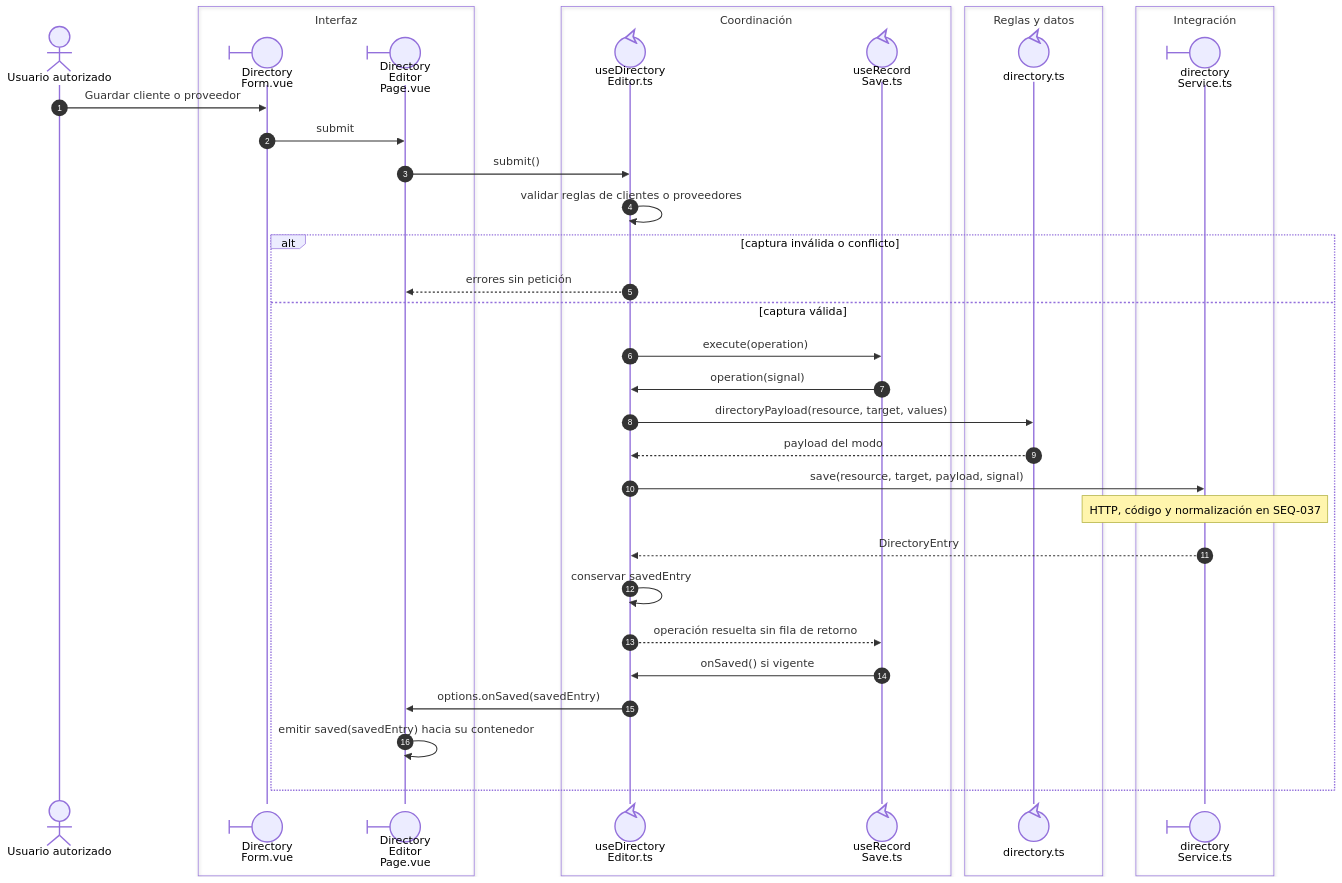
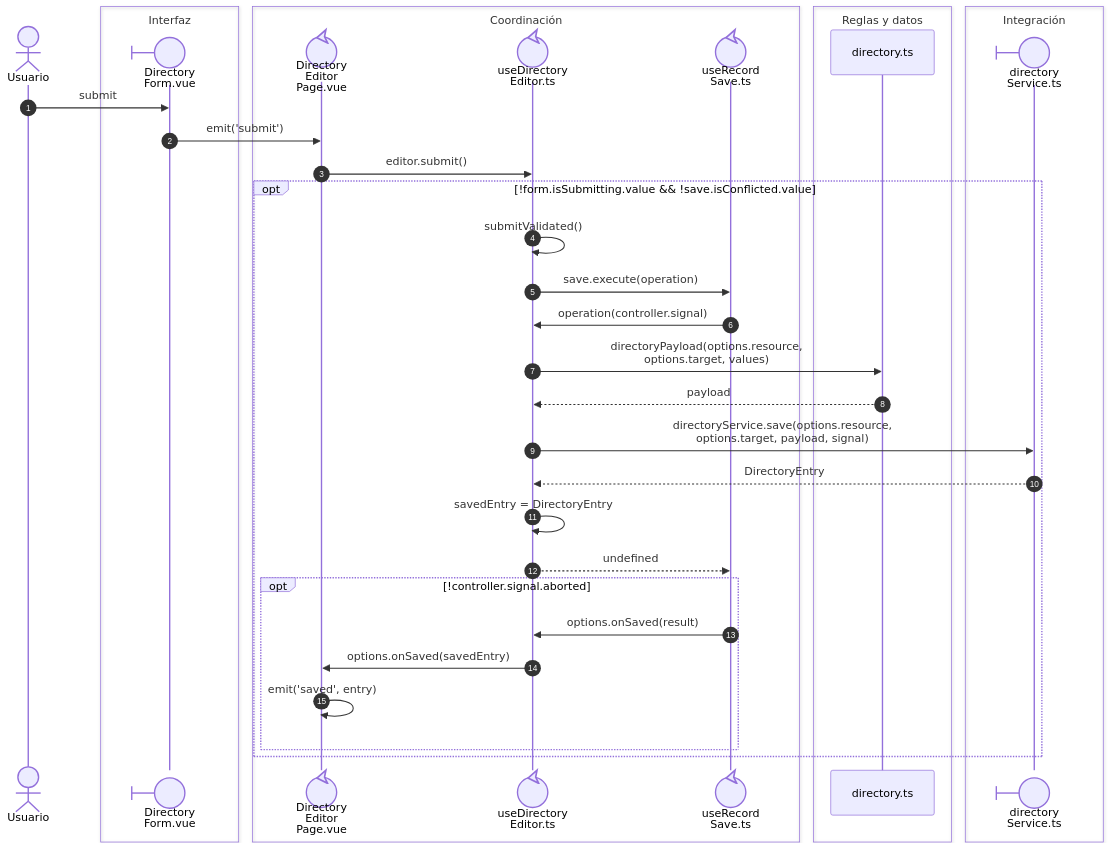
One commit to gpgsistemas01/nexus changed the first of 2 diagrams in front/docs/architecture/views/processes/03-catalogs-and-directory/02-directory-save.md. Above: the diagram before and after it, drawn with Mermaid. The commit also changed other lines of this file and 43 other files, not shown here.

Commit message:
docs: reflejar código y roles en secuencias Vue

````diff
--- a/front/docs/architecture/views/processes/03-catalogs-and-directory/02-directory-save.md
+++ b/front/docs/architecture/views/processes/03-catalogs-and-directory/02-directory-save.md
@@ -15,39 +7,38 @@
 ```mermaid
 sequenceDiagram
     autonumber
-    actor U as Usuario autorizado
+    actor U as Usuario
     box Interfaz
     participant Form@{ "type": "boundary" } as Directory<br/>Form.vue
-    participant Page@{ "type": "boundary" } as Directory<br/>Editor<br/>Page.vue
     end
     box Coordinación
+    participant Page@{ "type": "control" } as Directory<br/>Editor<br/>Page.vue
     participant Editor@{ "type": "control" } as useDirectory<br/>Editor.ts
     participant Save@{ "type": "control" } as useRecord<br/>Save.ts
     end
     box Reglas y datos
-    participant Payload@{ "type": "control" } as directory.ts
+    participant Payload as directory.ts
     end
     box Integración
     participant Service@{ "type": "boundary" } as directory<br/>Service.ts
     end
-    U->>Form: Guardar cliente o proveedor
-    Form->>Page: submit
-    Page->>Editor: submit()
-    Editor->>Editor: validar reglas de clientes o proveedores
-    alt captura inválida o conflicto
-        Editor-->>Page: errores sin petición
-    else captura válida
-        Editor->>Save: execute(operation)
-        Save->>Editor: operation(signal)
-        Editor->>Payload: directoryPayload(resource, target, values)
-        Payload-->>Editor: payload del modo
-        Editor->>Service: save(resource, target, payload, signal)
-        Note over Service: HTTP, código y normalización en SEQ-037
-        Service-->>Editor: DirectoryEntry
-        Editor->>Editor: conservar savedEntry
-        Editor-->>Save: operación resuelta sin fila de retorno
-        Save->>Editor: onSaved() si vigente
-        Editor->>Page: options.onSaved(savedEntry)
-        Page->>Page: emitir saved(savedEntry) hacia su contenedor
+    U->>Form: nowrap: submit
+    Form->>Page: nowrap: emit('submit')
+    Page->>Editor: nowrap: editor.submit()
+    opt nowrap: !form.isSubmitting.value && !save.isConflicted.value
+        Editor->>Editor: nowrap: submitValidated()
+        Editor->>Save: nowrap: save.execute(operation)
+        Save->>Editor: nowrap: operation(controller.signal)
+        Editor->>Payload: nowrap: directoryPayload(options.resource,<br/>options.target, values)
+        Payload-->>Editor: nowrap: payload
+        Editor->>Service: nowrap: directoryService.save(options.resource,<br/>options.target, payload, signal)
+        Service-->>Editor: nowrap: DirectoryEntry
+        Editor->>Editor: nowrap: savedEntry = DirectoryEntry
+        Editor-->>Save: nowrap: undefined
+        opt nowrap: !controller.signal.aborted
+            Save->>Editor: nowrap: options.onSaved(result)
+            Editor->>Page: nowrap: options.onSaved(savedEntry)
+            Page->>Page: nowrap: emit('saved', entry)
+        end
     end
 ```
````
